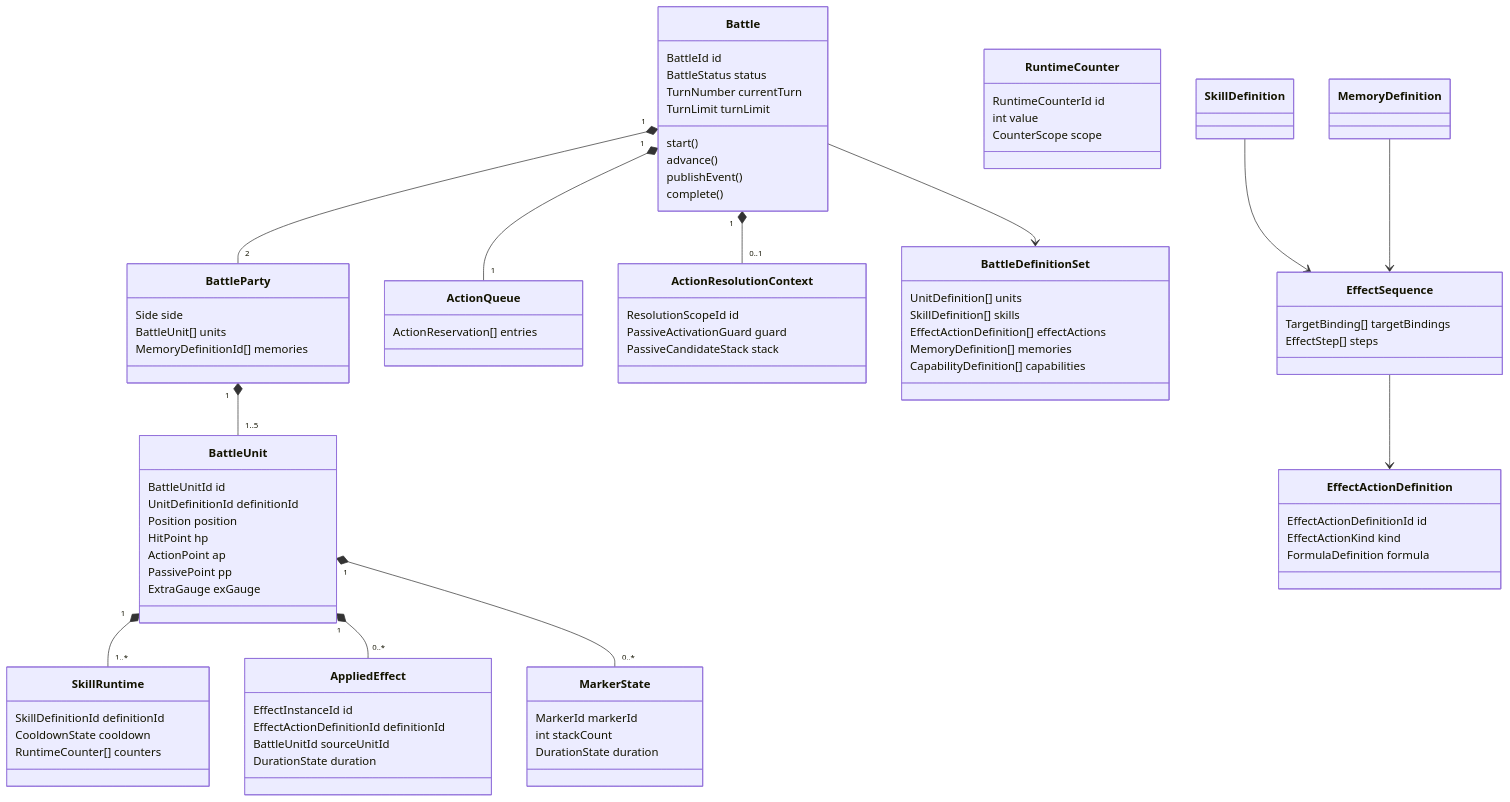
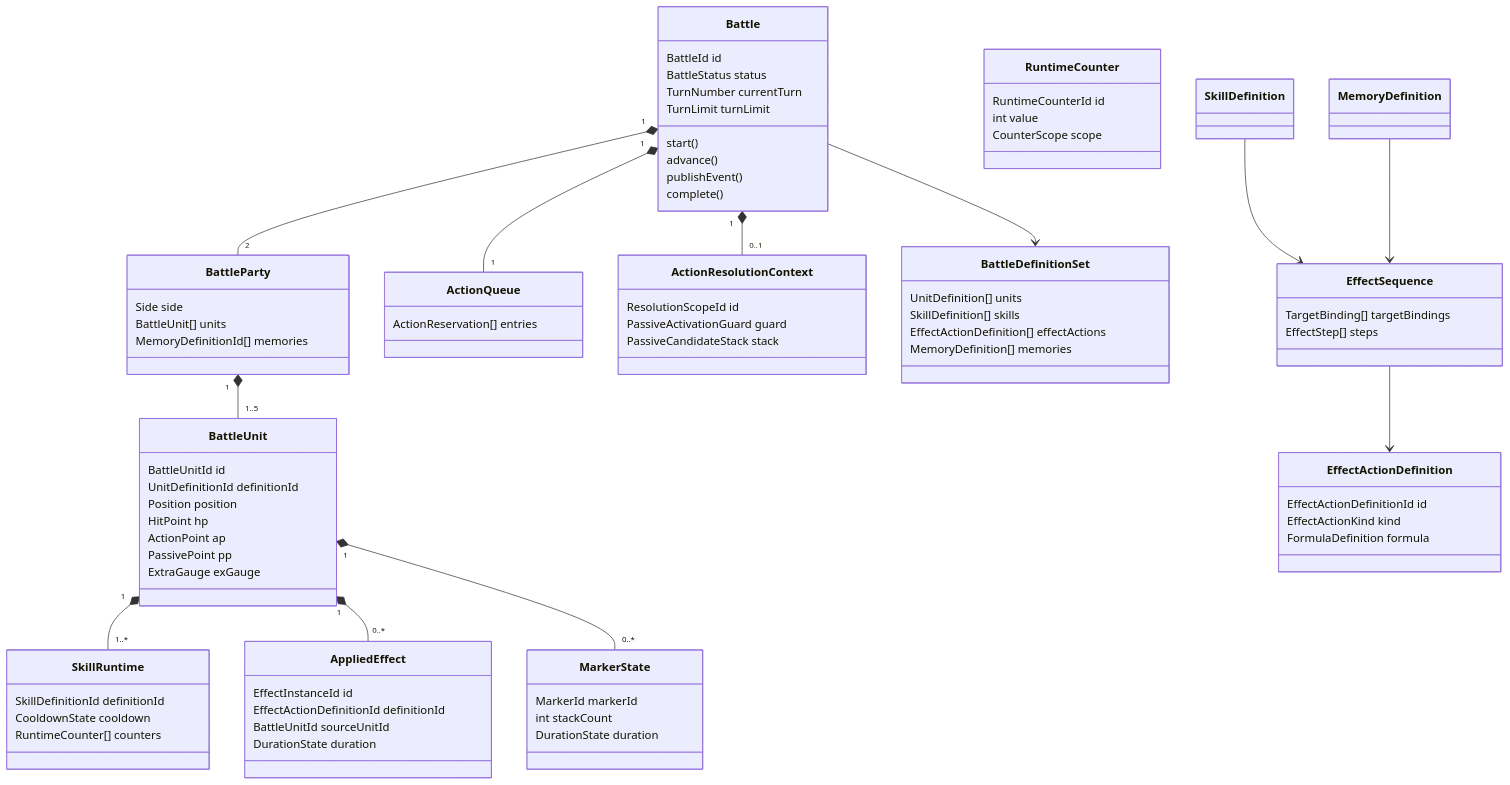
Before and after one commit to komei0727/muvluvgg_battle_simulator: the diagram in docs/ddd/05_ドメインモデル.md, drawn with Mermaid. The commit also changed other lines of this file and 11 other files, not shown here.

First line of the commit message:
docs(ddd): [REF-023] schemaVersionの矛盾を解消しスコープ外文書を回収する (PR #366 レビュー[P2][P3])

```diff
--- a/docs/ddd/05_ドメインモデル.md
+++ b/docs/ddd/05_ドメインモデル.md
@@ -86,7 +86,6 @@
         SkillDefinition[] skills
         EffectActionDefinition[] effectActions
         MemoryDefinition[] memories
-        CapabilityDefinition[] capabilities
     }
 
     class EffectSequence {
```
